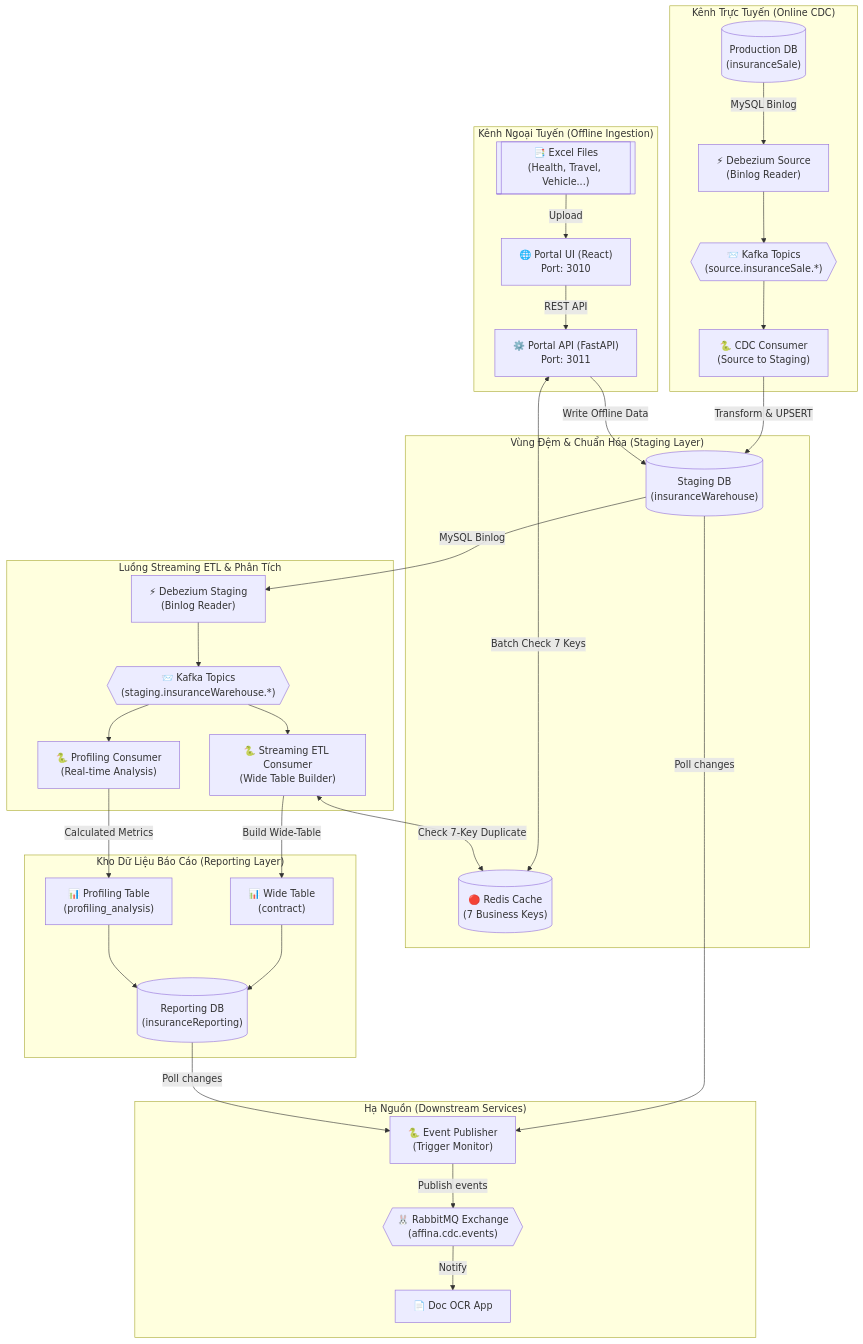
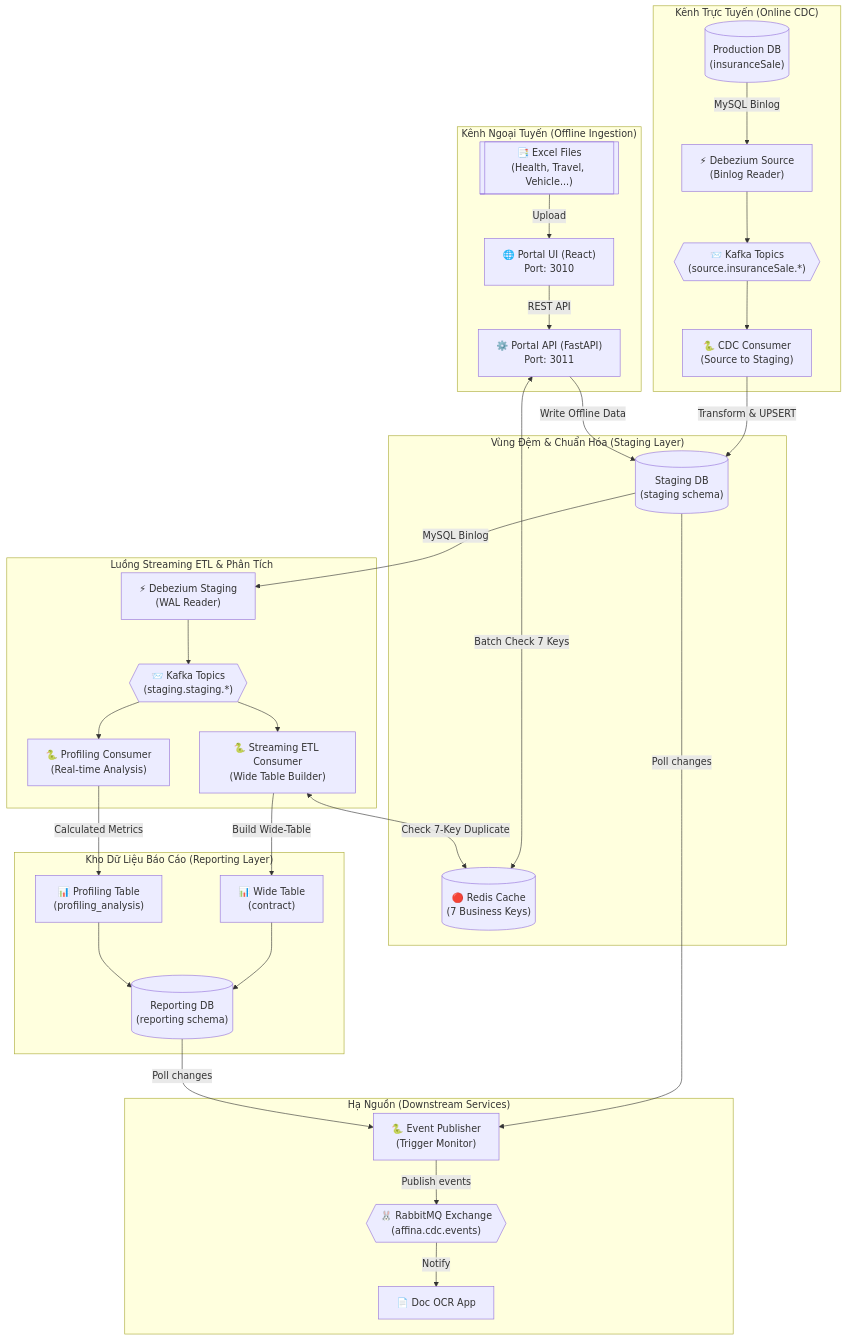
One commit to phatle224/hybrid-data-ingestion-streaming-platform changed the diagram in README.md. Above: the diagram before and after it, drawn with Mermaid. The commit also changed 50 other files, not shown here.

Commit message:
feat: implement core CDC reporting architecture, including services for streaming ETL, portal backend, event publishing, and shared database configurations.

````diff
--- a/README.md
+++ b/README.md
@@ -17,70 +17,70 @@
 ```mermaid
 flowchart TB
     subgraph "Kênh Trực Tuyến (Online CDC)"
         SRC_DB[("Production DB<br/>(insuranceSale)")]
         DBZ_SRC["⚡ Debezium Source<br/>(Binlog Reader)"]
         KF_SRC{{"📨 Kafka Topics<br/>(source.insuranceSale.*)"}}
         CDC_CONS["🐍 CDC Consumer<br/>(Source to Staging)"]
     end
 
     subgraph "Kênh Ngoại Tuyến (Offline Ingestion)"
         EXCEL[["📑 Excel Files<br/>(Health, Travel, Vehicle...)"]]
         PORTAL_FE["🌐 Portal UI (React)<br/>Port: 3010"]
         PORTAL_BE["⚙️ Portal API (FastAPI)<br/>Port: 3011"]
     end
 
     subgraph "Vùng Đệm & Chuẩn Hóa (Staging Layer)"
-        STG_DB[("Staging DB<br/>(insuranceWarehouse)")]
+        STG_DB[("Staging DB<br/>(staging schema)")]
         REDIS_CACHE[("🔴 Redis Cache<br/>(7 Business Keys)")]
     end
 
     subgraph "Luồng Streaming ETL & Phân Tích"
-        DBZ_STG["⚡ Debezium Staging<br/>(Binlog Reader)"]
-        KF_STG{{"📨 Kafka Topics<br/>(staging.insuranceWarehouse.*)"}}
+        DBZ_STG["⚡ Debezium Staging<br/>(WAL Reader)"]
+        KF_STG{{"📨 Kafka Topics<br/>(staging.staging.*)"}}
         ETL_CONS["🐍 Streaming ETL Consumer<br/>(Wide Table Builder)"]
         PROF_CONS["🐍 Profiling Consumer<br/>(Real-time Analysis)"]
     end
 
     subgraph "Kho Dữ Liệu Báo Cáo (Reporting Layer)"
-        RPT_DB[("Reporting DB<br/>(insuranceReporting)")]
+        RPT_DB[("Reporting DB<br/>(reporting schema)")]
         WIDE_TAB["📊 Wide Table<br/>(contract)"]
         PROF_TAB["📊 Profiling Table<br/>(profiling_analysis)"]
     end
 
     subgraph "Hạ Nguồn (Downstream Services)"
         EVT_PUB["🐍 Event Publisher<br/>(Trigger Monitor)"]
         RMQ{{"🐰 RabbitMQ Exchange<br/>(affina.cdc.events)"}}
         OCR_APP["📄 Doc OCR App"]
     end
 
     %% Kênh Online
     SRC_DB -->|MySQL Binlog| DBZ_SRC
     DBZ_SRC --> KF_SRC
     KF_SRC --> CDC_CONS
     CDC_CONS -->|Transform & UPSERT| STG_DB
 
     %% Kênh Offline
     EXCEL -->|Upload| PORTAL_FE
     PORTAL_FE -->|REST API| PORTAL_BE
     PORTAL_BE <-->|Batch Check 7 Keys| REDIS_CACHE
     PORTAL_BE -->|Write Offline Data| STG_DB
 
     %% Phân tách Staging & Reporting
     STG_DB -->|MySQL Binlog| DBZ_STG
     DBZ_STG --> KF_STG
     
     KF_STG --> ETL_CONS
     KF_STG --> PROF_CONS
 
     ETL_CONS <-->|Check 7-Key Duplicate| REDIS_CACHE
     ETL_CONS -->|Build Wide-Table| WIDE_TAB
     PROF_CONS -->|Calculated Metrics| PROF_TAB
     
     WIDE_TAB --> RPT_DB
     PROF_TAB --> RPT_DB
 
     %% Event Publisher
     STG_DB & RPT_DB -->|Poll changes| EVT_PUB
     EVT_PUB -->|Publish events| RMQ
     RMQ -->|Notify| OCR_APP
 ```
````
